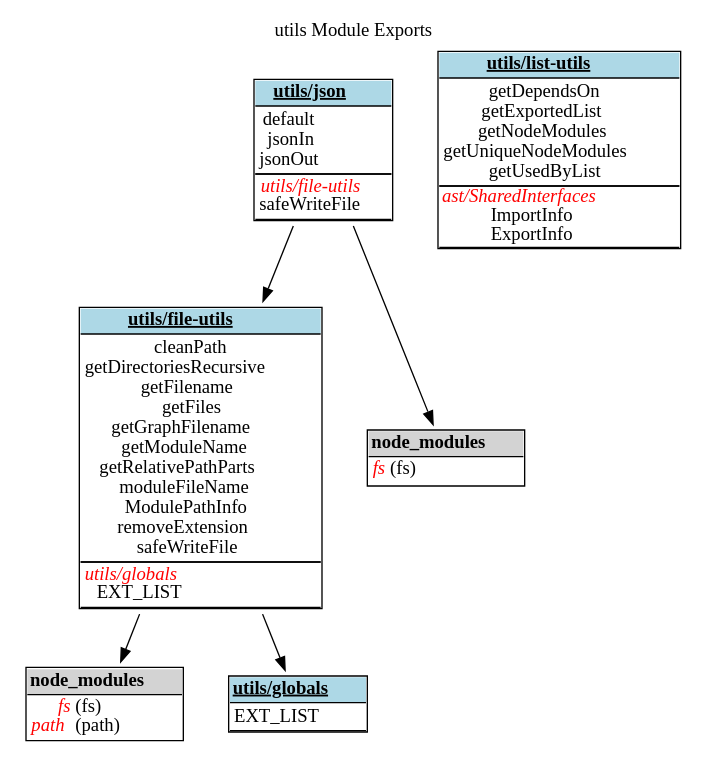
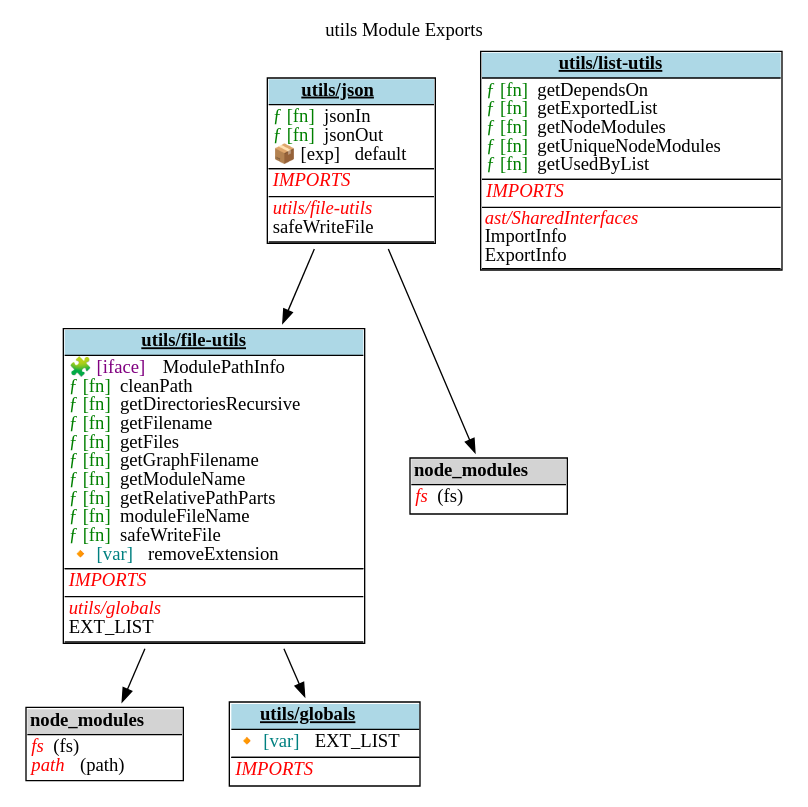
One commit to fleebe/GitHubPages changed the diagram in dep-graph-ts/utils_ExportGraph.dot. Above: the diagram before and after it, drawn with Graphviz. The commit also changed 22 other files, not shown here.

Commit message:
Update docs for dep-graph-ts from fleebe/dep-graph-ts workflow

```diff
--- a/dep-graph-ts/utils_ExportGraph.dot
+++ b/dep-graph-ts/utils_ExportGraph.dot
@@ -1,73 +1,85 @@
 digraph {label="utils Module Exports";
 labelloc="t";
 "utils/file-utils" [shape=none, label=<<TABLE cellspacing="0" cellborder="0" align="left">
-<TR><TD bgcolor="lightblue" HREF="tsdocs\modules\utils_file-utils.html" TARGET="_blank" align="center"><U><B>utils/file-utils</B></U></TD></TR>
-<TR><TD BORDER="1" SIDES="TB" align="left">
-cleanPath<BR/>
-getDirectoriesRecursive<BR/>
-getFilename<BR/>
-getFiles<BR/>
-getGraphFilename<BR/>
-getModuleName<BR/>
-getRelativePathParts<BR/>
-moduleFileName<BR/>
-ModulePathInfo<BR/>
-removeExtension<BR/>
-safeWriteFile<BR/>
+<TR><TD bgcolor="lightblue" HREF="tsdocs\modules\utils_file-utils.html" TARGET="_blank" align="CENTER"><U><B>utils/file-utils</B></U></TD></TR>
+<TR><TD BORDER="1" SIDES="TB" ALIGN="LEFT" BALIGN="LEFT">
+<font color='purple'>🧩 [iface]</font>  ModulePathInfo<BR/>
+<font color='green'>ƒ [fn]</font>  cleanPath<BR/>
+<font color='green'>ƒ [fn]</font>  getDirectoriesRecursive<BR/>
+<font color='green'>ƒ [fn]</font>  getFilename<BR/>
+<font color='green'>ƒ [fn]</font>  getFiles<BR/>
+<font color='green'>ƒ [fn]</font>  getGraphFilename<BR/>
+<font color='green'>ƒ [fn]</font>  getModuleName<BR/>
+<font color='green'>ƒ [fn]</font>  getRelativePathParts<BR/>
+<font color='green'>ƒ [fn]</font>  moduleFileName<BR/>
+<font color='green'>ƒ [fn]</font>  safeWriteFile<BR/>
+<font color='teal'>🔸 [var]</font>  removeExtension<BR/>
 </TD></TR>
-<TR><TD BORDER="1" SIDES="TB" align="left">
+<TR><TD BORDER="1" SIDES="T" align="LEFT">
+<font color="red"><I>IMPORTS</I></font><BR/>
+</TD></TR>
+<TR><TD BORDER="1" SIDES="TB" align="left" BALIGN="LEFT">
 <font color="red"><I>utils/globals</I></font><BR/>
 EXT_LIST<BR/>
 </TD></TR>
 </TABLE>>];
 "utils/file-utils-node_modules" [shape=none, label=<<TABLE cellspacing="0" cellborder="0" align="left">
 <TR><TD bgcolor="lightgrey" align="center"><B>node_modules</B></TD></TR>
-<TR><TD BORDER="1" SIDES="T" align="left">
-<font color="red"><I>fs</I></font> (fs)<BR/>
-<font color="red"><I>path</I></font> (path)<BR/>
+<TR><TD BORDER="1" SIDES="T" align="left" BALIGN="LEFT">
+<font color="red"><I>fs</I></font>  (fs)<BR/>
+<font color="red"><I>path</I></font>  (path)<BR/>
 </TD></TR>
 </TABLE>>];
 "utils/file-utils"->"utils/file-utils-node_modules";
 "utils/globals" [shape=none, label=<<TABLE cellspacing="0" cellborder="0" align="left">
-<TR><TD bgcolor="lightblue" HREF="tsdocs\modules\utils_globals.html" TARGET="_blank" align="center"><U><B>utils/globals</B></U></TD></TR>
-<TR><TD BORDER="1" SIDES="TB" align="left">
-EXT_LIST<BR/>
+<TR><TD bgcolor="lightblue" HREF="tsdocs\modules\utils_globals.html" TARGET="_blank" align="CENTER"><U><B>utils/globals</B></U></TD></TR>
+<TR><TD BORDER="1" SIDES="TB" ALIGN="LEFT" BALIGN="LEFT">
+<font color='teal'>🔸 [var]</font>  EXT_LIST<BR/>
+</TD></TR>
+<TR><TD BORDER="1" SIDES="T" align="LEFT">
+<font color="red"><I>IMPORTS</I></font><BR/>
 </TD></TR>
 </TABLE>>];
 "utils/json" [shape=none, label=<<TABLE cellspacing="0" cellborder="0" align="left">
-<TR><TD bgcolor="lightblue" HREF="tsdocs\modules\utils_json.html" TARGET="_blank" align="center"><U><B>utils/json</B></U></TD></TR>
-<TR><TD BORDER="1" SIDES="TB" align="left">
-default<BR/>
-jsonIn<BR/>
-jsonOut<BR/>
+<TR><TD bgcolor="lightblue" HREF="tsdocs\modules\utils_json.html" TARGET="_blank" align="CENTER"><U><B>utils/json</B></U></TD></TR>
+<TR><TD BORDER="1" SIDES="TB" ALIGN="LEFT" BALIGN="LEFT">
+<font color='green'>ƒ [fn]</font>  jsonIn<BR/>
+<font color='green'>ƒ [fn]</font>  jsonOut<BR/>
+<font color='black'>📦 [exp]</font>  default<BR/>
 </TD></TR>
-<TR><TD BORDER="1" SIDES="TB" align="left">
+<TR><TD BORDER="1" SIDES="T" align="LEFT">
+<font color="red"><I>IMPORTS</I></font><BR/>
+</TD></TR>
+<TR><TD BORDER="1" SIDES="TB" align="left" BALIGN="LEFT">
 <font color="red"><I>utils/file-utils</I></font><BR/>
 safeWriteFile<BR/>
 </TD></TR>
 </TABLE>>];
 "utils/json-node_modules" [shape=none, label=<<TABLE cellspacing="0" cellborder="0" align="left">
 <TR><TD bgcolor="lightgrey" align="center"><B>node_modules</B></TD></TR>
-<TR><TD BORDER="1" SIDES="T" align="left">
-<font color="red"><I>fs</I></font> (fs)<BR/>
+<TR><TD BORDER="1" SIDES="T" align="left" BALIGN="LEFT">
+<font color="red"><I>fs</I></font>  (fs)<BR/>
 </TD></TR>
 </TABLE>>];
 "utils/json"->"utils/json-node_modules";
 "utils/list-utils" [shape=none, label=<<TABLE cellspacing="0" cellborder="0" align="left">
-<TR><TD bgcolor="lightblue" HREF="tsdocs\modules\utils_list-utils.html" TARGET="_blank" align="center"><U><B>utils/list-utils</B></U></TD></TR>
-<TR><TD BORDER="1" SIDES="TB" align="left">
-getDependsOn<BR/>
-getExportedList<BR/>
-getNodeModules<BR/>
-getUniqueNodeModules<BR/>
-getUsedByList<BR/>
+<TR><TD bgcolor="lightblue" HREF="tsdocs\modules\utils_list-utils.html" TARGET="_blank" align="CENTER"><U><B>utils/list-utils</B></U></TD></TR>
+<TR><TD BORDER="1" SIDES="TB" ALIGN="LEFT" BALIGN="LEFT">
+<font color='green'>ƒ [fn]</font>  getDependsOn<BR/>
+<font color='green'>ƒ [fn]</font>  getExportedList<BR/>
+<font color='green'>ƒ [fn]</font>  getNodeModules<BR/>
+<font color='green'>ƒ [fn]</font>  getUniqueNodeModules<BR/>
+<font color='green'>ƒ [fn]</font>  getUsedByList<BR/>
 </TD></TR>
-<TR><TD BORDER="1" SIDES="TB" cellpadding="1" align="left">
+<TR><TD BORDER="1" SIDES="T" align="LEFT">
+<font color="red"><I>IMPORTS</I></font><BR/>
+</TD></TR>
+<TR><TD BORDER="1" SIDES="TB" cellpadding="1" align="left" BALIGN="LEFT">
 <font color="red"><I>ast/SharedInterfaces</I></font><BR/>
 ImportInfo<BR/>
 ExportInfo<BR/>
 </TD></TR>
 </TABLE>>];
 "utils/file-utils"->"utils/globals";
 "utils/json"->"utils/file-utils";
 }
```
